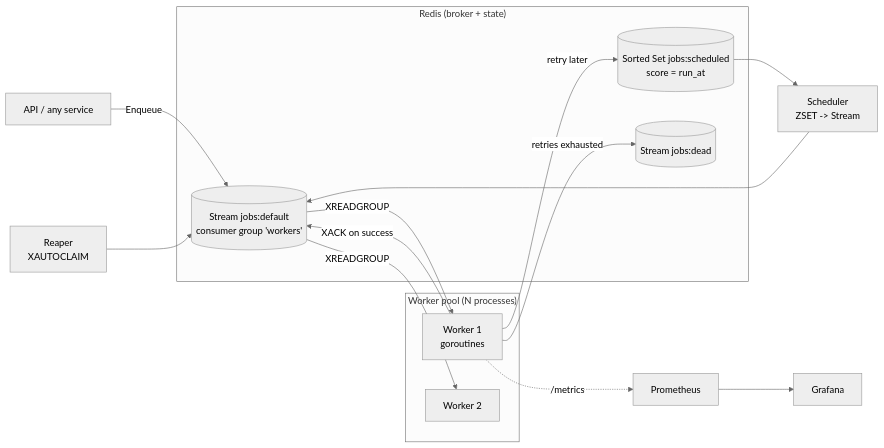
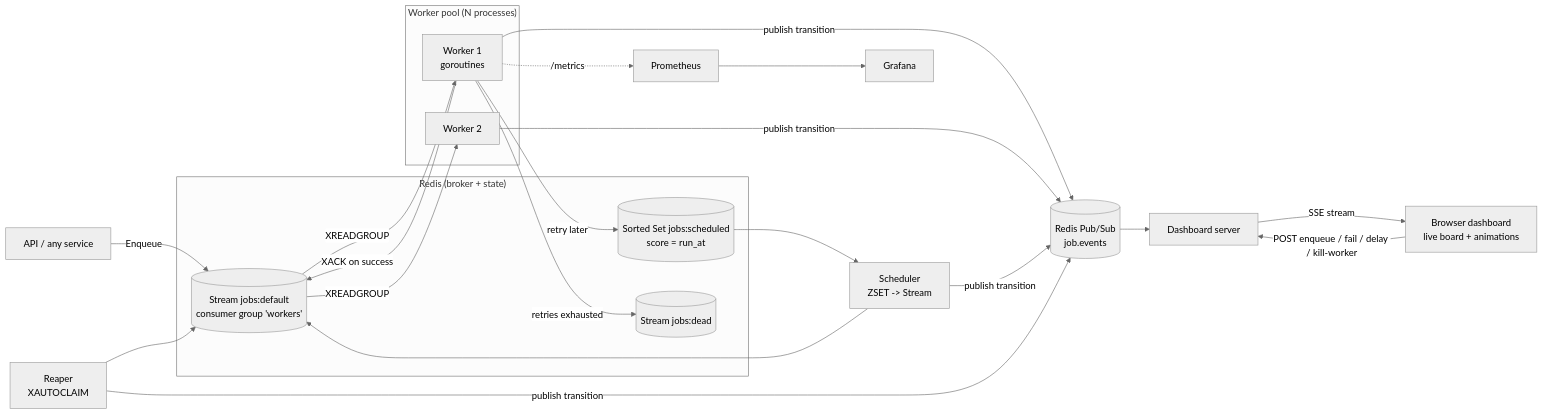
One commit to aryan-bhokare/distributed-job-queue changed the diagram in docs/design.md. Above: the diagram before and after it, drawn with Mermaid (neutral theme). The commit also changed other lines of this file and 2 other files, not shown here.

First line of the commit message:
Design: add live dashboard (event bus + SSE) as a first-class component

````diff
--- a/docs/design.md
+++ b/docs/design.md
@@ -38,26 +43,31 @@
 ```mermaid
 flowchart LR
   P1[API / any service] -->|Enqueue| B
 
   subgraph Redis["Redis (broker + state)"]
     B[("Stream jobs:default\nconsumer group 'workers'")]
     Z[("Sorted Set jobs:scheduled\nscore = run_at")]
     DLQ[("Stream jobs:dead")]
   end
 
   SCHED[Scheduler\nZSET -> Stream] --> B
   Z --> SCHED
 
   subgraph WorkerPool["Worker pool (N processes)"]
     W1[Worker 1\ngoroutines]
     W2[Worker 2]
   end
 
   B -->|XREADGROUP| W1 & W2
   W1 -->|XACK on success| B
   W1 -->|retry later| Z
   W1 -->|retries exhausted| DLQ
 
   REAPER[Reaper\nXAUTOCLAIM] --> B
   W1 -.->|/metrics| PROM[Prometheus] --> GRAF[Grafana]
+
+  W1 & W2 & SCHED & REAPER -->|publish transition| EV[("Redis Pub/Sub\njob.events")]
+  EV --> DASH[Dashboard server]
+  DASH -->|SSE stream| UI[Browser dashboard\nlive board + animations]
+  UI -->|POST enqueue / fail / delay / kill-worker| DASH
 ```
````
